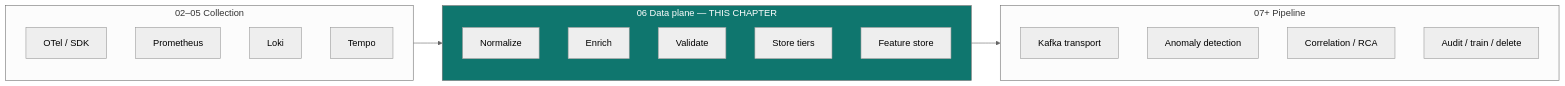
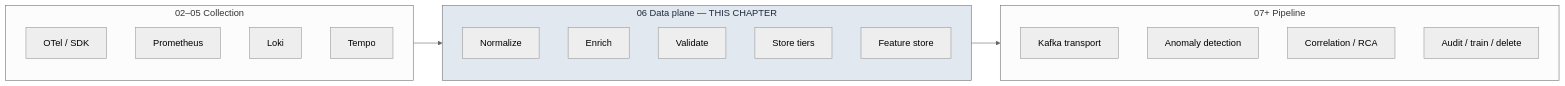
Before and after one commit to XUanhoa04/aiops-engineering-handbook: the first of 15 diagrams in docs/en/06-data-plane/README.md, drawn with Mermaid (neutral theme). The commit also changed other lines of this file and 39 other files, not shown here.

First line of the commit message:
docs: concept-first Ch.08-12, collapse code, soft Mermaid colors

````diff
--- a/docs/en/06-data-plane/README.md
+++ b/docs/en/06-data-plane/README.md
@@ -99,28 +99,28 @@
 ```mermaid
 flowchart LR
     subgraph Collect["02–05 Collection"]
         OTEL[OTel / SDK]
         PROM[Prometheus]
         LOKI[Loki]
         TEMPO[Tempo]
     end
 
     subgraph Plane["06 Data plane — THIS CHAPTER"]
         N[Normalize]
         E[Enrich]
         V[Validate]
         S[Store tiers]
         F[Feature store]
     end
 
     subgraph Next["07+ Pipeline"]
         K[Kafka transport]
         AD[Anomaly detection]
         CORR[Correlation / RCA]
         AUD[Audit / train / delete]
     end
 
     Collect --> Plane --> Next
 
-    style Plane fill:#0f766e,color:#fff
+    style Plane fill:#e2e8f0,color:#1e293b
 ```
````
